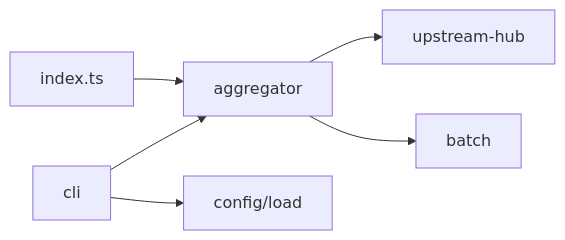
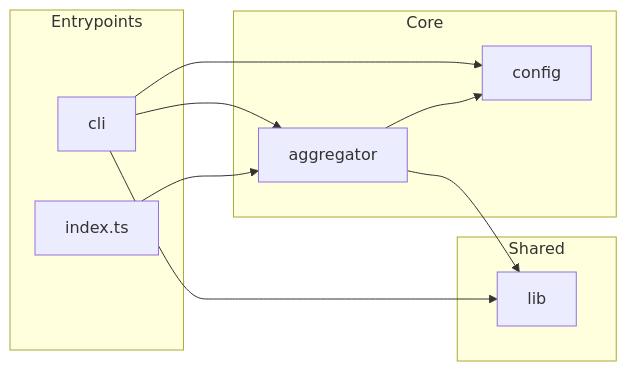
One commit to Alphabetsoup16/sennit changed the diagram in src/README.md. Above: the diagram before and after it, drawn with Mermaid. The commit also changed other lines of this file and 69 other files, not shown here.

````diff
--- a/src/README.md
+++ b/src/README.md
@@ -5,8 +5,23 @@
 ```mermaid
 flowchart LR
-  cli[cli] --> agg[aggregator]
-  idx[index.ts] --> agg
-  agg --> hub[upstream-hub]
-  agg --> batch[batch]
-  cli --> cfg[config/load]
+  subgraph entry [Entrypoints]
+    cli[cli]
+    idx[index.ts]
+  end
+
+  subgraph core [Core]
+    agg[aggregator]
+    cfg[config]
+  end
+
+  subgraph support [Shared]
+    lib[lib]
+  end
+
+  cli --> agg
+  cli --> cfg
+  idx --> agg
+  agg --> cfg
+  agg --> lib
+  cli --> lib
 ```
````
